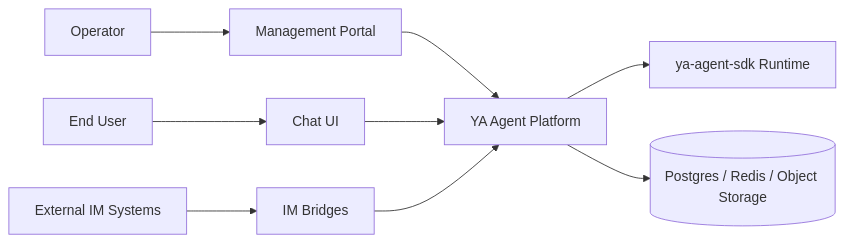
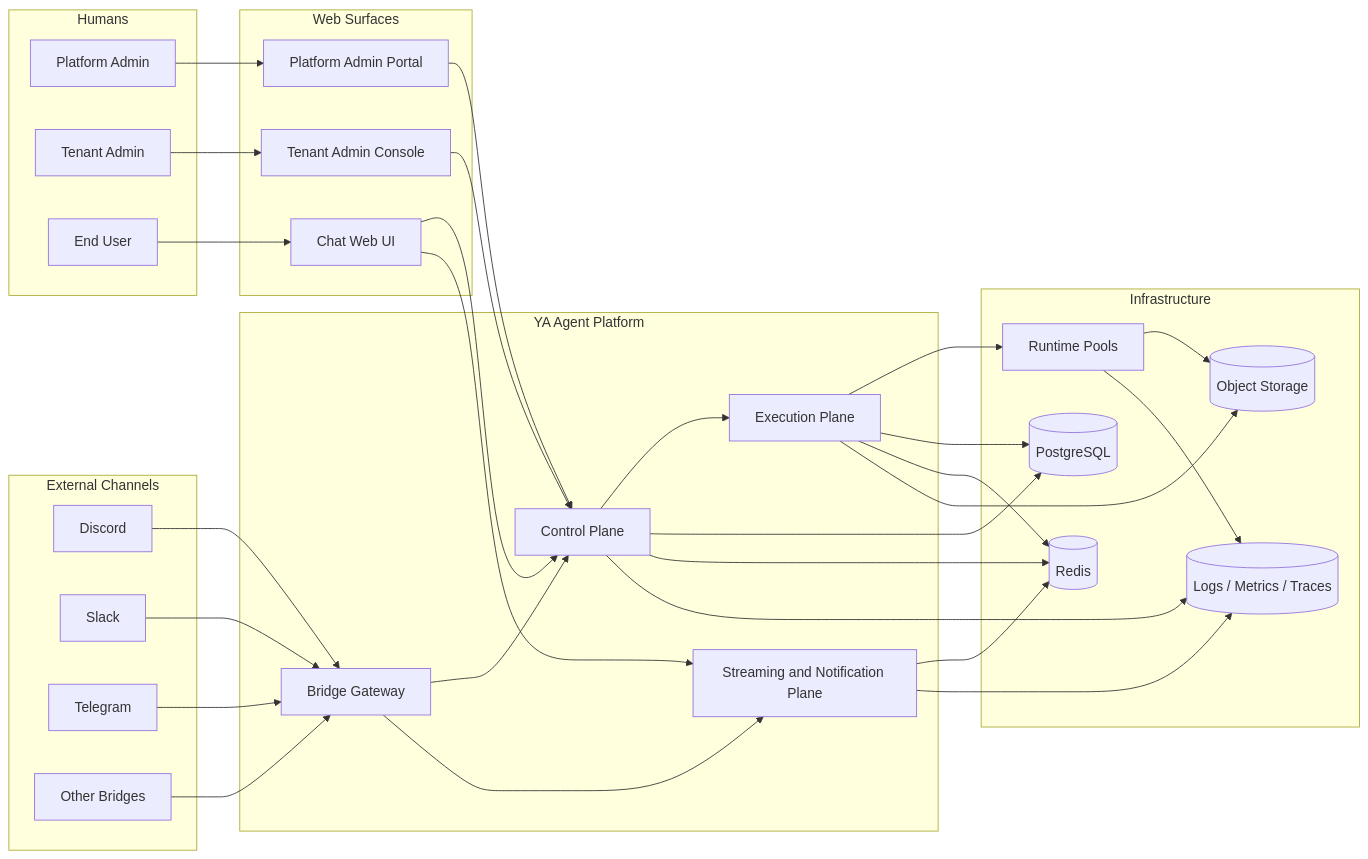
The diagram in packages/ya-agent-platform/spec/000-platform-overview.md (Wh1isper/ya-mono), drawn with Mermaid before and after one commit. The commit also changed other lines of this file and 20 other files, not shown here.

First line of the commit message:
feat: refresh platform specs and polish TUI streaming (#115)

````diff
--- a/packages/ya-agent-platform/spec/000-platform-overview.md
+++ b/packages/ya-agent-platform/spec/000-platform-overview.md
@@ -56,11 +107,66 @@
 ```mermaid
 flowchart LR
-    Operator[Operator] --> Admin[Management Portal]
-    User[End User] --> ChatUI[Chat UI]
-    ExternalIM[External IM Systems] --> Bridges[IM Bridges]
-    Admin --> Platform[YA Agent Platform]
-    ChatUI --> Platform
-    Bridges --> Platform
-    Platform --> Runtime[ya-agent-sdk Runtime]
-    Platform --> Data[(Postgres / Redis / Object Storage)]
+    subgraph Humans[Humans]
+        PA[Platform Admin]
+        TA[Tenant Admin]
+        EU[End User]
+    end
+
+    subgraph Channels[External Channels]
+        DIS[Discord]
+        SLK[Slack]
+        TGM[Telegram]
+        ETC[Other Bridges]
+    end
+
+    subgraph Web[Web Surfaces]
+        PADMIN[Platform Admin Portal]
+        TADMIN[Tenant Admin Console]
+        CHATUI[Chat Web UI]
+    end
+
+    subgraph Platform[YA Agent Platform]
+        CP[Control Plane]
+        EP[Execution Plane]
+        SP[Streaming and Notification Plane]
+        BP[Bridge Gateway]
+    end
+
+    subgraph Infra[Infrastructure]
+        PG[(PostgreSQL)]
+        RD[(Redis)]
+        OBJ[(Object Storage)]
+        OBS[(Logs / Metrics / Traces)]
+        RUN[Runtime Pools]
+    end
+
+    PA --> PADMIN
+    TA --> TADMIN
+    EU --> CHATUI
+
+    DIS --> BP
+    SLK --> BP
+    TGM --> BP
+    ETC --> BP
+
+    PADMIN --> CP
+    TADMIN --> CP
+    CHATUI --> CP
+    CHATUI --> SP
+    BP --> CP
+    BP --> SP
+
+    CP --> EP
+    EP --> RUN
+
+    CP --> PG
+    CP --> RD
+    EP --> PG
+    EP --> RD
+    EP --> OBJ
+    SP --> RD
+    RUN --> OBJ
+    RUN --> OBS
+    CP --> OBS
+    SP --> OBS
 ```
````
